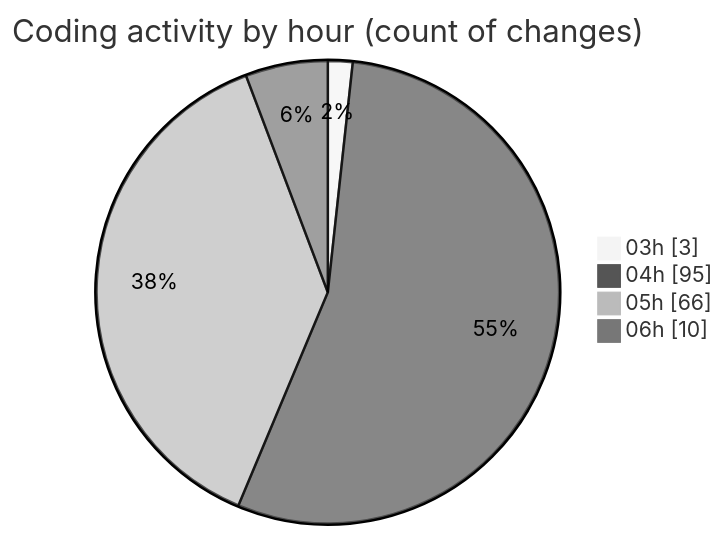
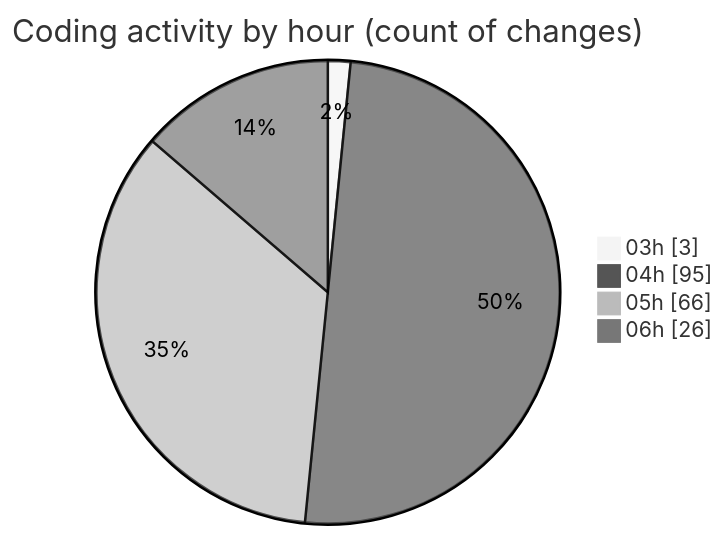
Before and after one commit to ernivani/code-tracking: the second of 2 diagrams in 2025-01-03/tinycms/README.md, drawn with Mermaid (neutral theme). The commit also changed other lines of this file and 3 other files, not shown here.

````diff
--- a/2025-01-03/tinycms/README.md
+++ b/2025-01-03/tinycms/README.md
@@ -62,8 +65,8 @@
 ```mermaid
 pie showData
 title Coding activity by hour (count of changes)
 "03h" : 3
 "04h" : 95
 "05h" : 66
-"06h" : 10
+"06h" : 26
 ```
````
